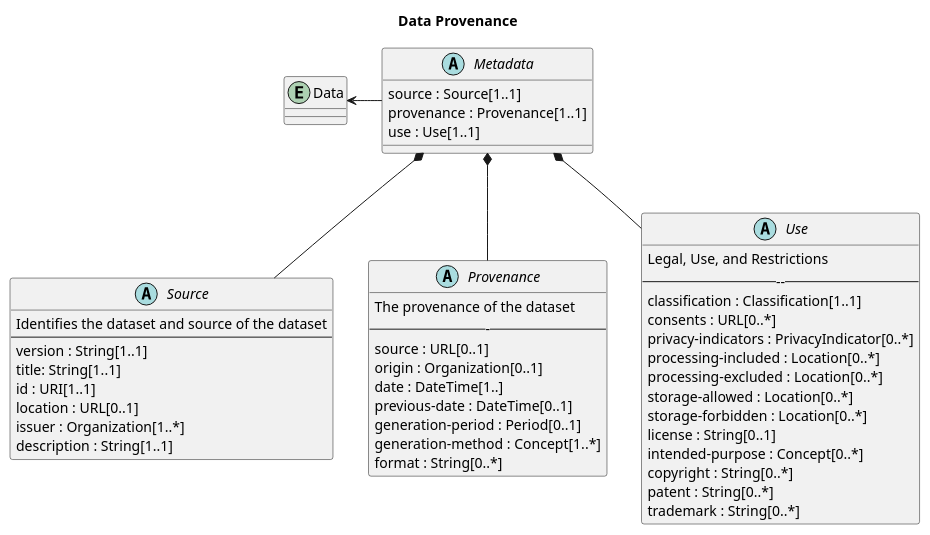
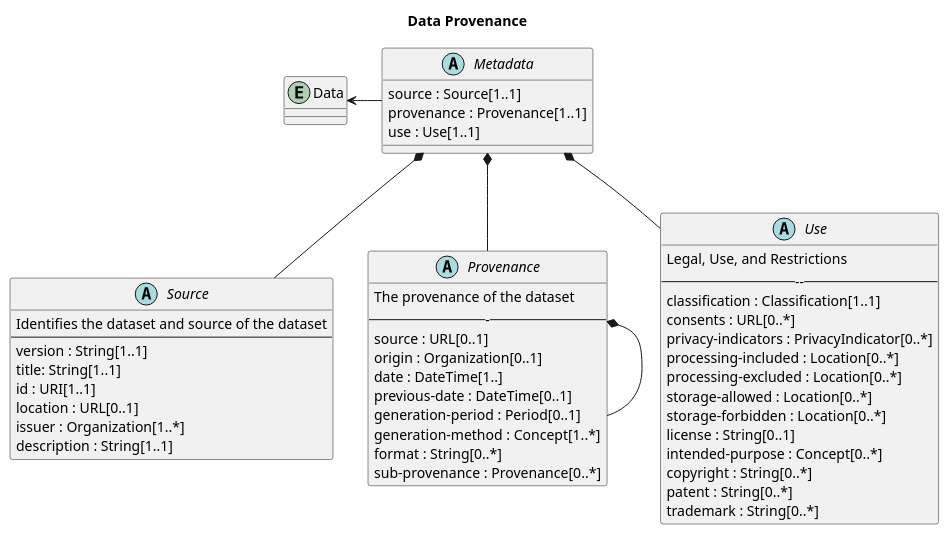
One commit to Data-and-Trust-Alliance/DPS changed the diagram in ImageSource/metadata.plantuml. Above: the diagram before and after it, drawn with PlantUML. The commit also changed 5 other files, not shown here.

Commit message:
Add sub-provenance to support dataset made up of multiple other datatypes Allow multiple licenses to be listed clarify that and Organization.address is just one address made up of multiple address lines

```diff
--- a/ImageSource/metadata.plantuml
+++ b/ImageSource/metadata.plantuml
@@ -1,58 +1,61 @@
-@startuml 
+@startuml metadata
 title Data Provenance
 
 entity Data
 
 abstract class Metadata {
     source : Source[1..1]
     provenance : Provenance[1..1]
     use : Use[1..1]
 }
 
 Metadata *-down- Source 
 Metadata *-down- Provenance 
 Metadata *-down- Use 
 Metadata -left-> Data
 
 abstract class Source {
     Identifies the dataset and source of the dataset
     ----
     version : String[1..1]
     title: String[1..1]
     id : URI[1..1]
     location : URL[0..1]
     issuer : Organization[1..*]
     description : String[1..1]
 }
 
 abstract class Provenance {
     The provenance of the dataset
     -----
     source : URL[0..1]
     origin : Organization[0..1]
     date : DateTime[1..]
     previous-date : DateTime[0..1]
     generation-period : Period[0..1]
     generation-method : Concept[1..*]
     format : String[0..*]
+    sub-provenance : Provenance[0..*]
 }
+
+Provenance *-down- Provenance
 
 abstract class Use {
     Legal, Use, and Restrictions
     ------
     classification : Classification[1..1]
     consents : URL[0..*]
     privacy-indicators : PrivacyIndicator[0..*]
     processing-included : Location[0..*]
     processing-excluded : Location[0..*]
     storage-allowed : Location[0..*]
     storage-forbidden : Location[0..*]
     license : String[0..1]
     intended-purpose : Concept[0..*]
     copyright : String[0..*]
     patent : String[0..*]
     trademark : String[0..*]
 }
 
 
 @enduml
```
